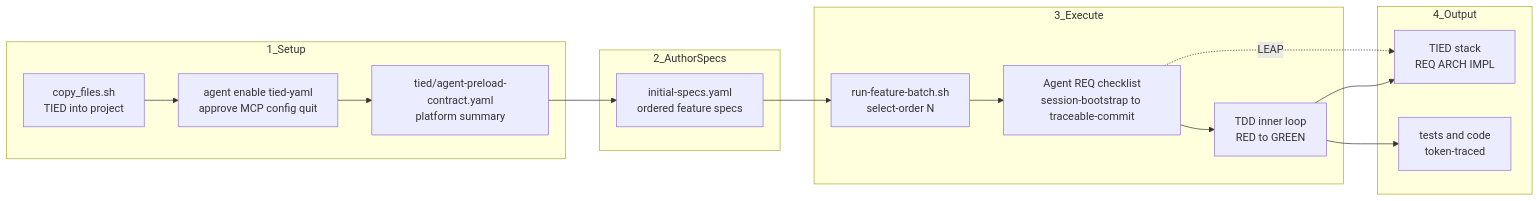
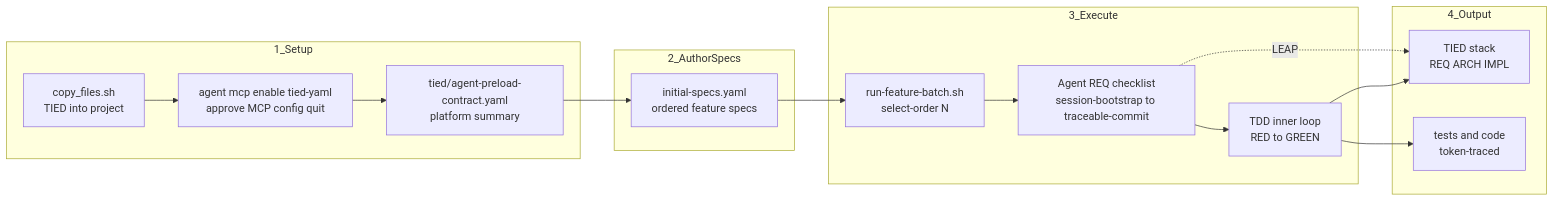
One commit to fareedst/tied changed the first of 5 diagrams in README.md. Above: the diagram before and after it, drawn with Mermaid. The commit also changed other lines of this file and 47 other files, not shown here.

First line of the commit message:
feat(tied): wire bootstrap MCP metrics and update enable command

````diff
--- a/README.md
+++ b/README.md
@@ -15,25 +15,25 @@
 ```mermaid
 flowchart LR
     subgraph setup ["1_Setup"]
         Bootstrap["copy_files.sh\nTIED into project"]
-        EnableTiedYaml["agent enable tied-yaml\napprove MCP config quit"]
+        EnableTiedYaml["agent mcp enable tied-yaml\napprove MCP config quit"]
         Contract["tied/agent-preload-contract.yaml\nplatform summary"]
     end
     subgraph specAuthor ["2_AuthorSpecs"]
         SpecList["initial-specs.yaml\nordered feature specs"]
     end
     subgraph execPhase ["3_Execute"]
         Batch["run-feature-batch.sh\nselect-order N"]
         Checklist["Agent REQ checklist\nsession-bootstrap to traceable-commit"]
         TDD["TDD inner loop\nRED to GREEN"]
     end
     subgraph outPhase ["4_Output"]
         TIEDStack["TIED stack\nREQ ARCH IMPL"]
         Artifacts["tests and code\ntoken-traced"]
     end
     Bootstrap --> EnableTiedYaml --> Contract --> SpecList
     SpecList --> Batch --> Checklist --> TDD
     TDD --> TIEDStack
     TDD --> Artifacts
     Checklist -.->|"LEAP"| TIEDStack
 ```
````
